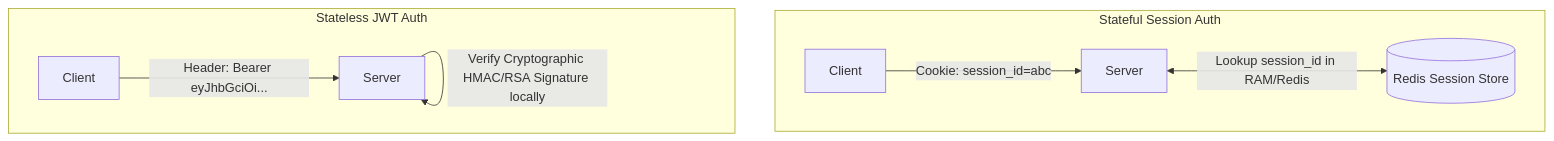
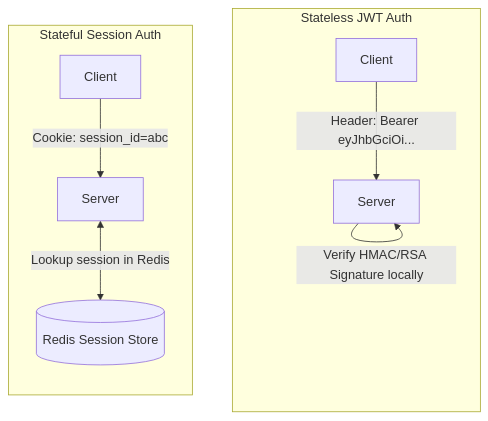
Before and after one commit to rohithgowda18/Notes: the first of 3 diagrams in 07-Backend-Engineering/Security.md, drawn with Mermaid. The commit also changed 15 other files, not shown here.

Commit message:
docs: audit Mermaid diagrams, optimize side-by-side layouts, and deduplicate DBMS advanced notes

````diff
--- a/07-Backend-Engineering/Security.md
+++ b/07-Backend-Engineering/Security.md
@@ -54,11 +54,16 @@
 ```mermaid
-flowchart TD
-    subgraph SessionAuth [Stateful Session Auth]
+flowchart LR
+    subgraph SessionAuth ["Stateful Session Auth"]
+        direction TB
         C1[Client] -->|"Cookie: session_id=abc"| S1[Server]
-        S1 <-->|"Lookup session_id in RAM/Redis"| Redis[(Redis Session Store)]
+        S1 <-->|"Lookup session in Redis"| Redis[(Redis Session Store)]
     end
-    subgraph JWTAuth [Stateless JWT Auth]
+
+    SessionAuth ~~~ JWTAuth
+
+    subgraph JWTAuth ["Stateless JWT Auth"]
+        direction TB
         C2[Client] -->|"Header: Bearer eyJhbGciOi..."| S2[Server]
-        S2 -->|"Verify Cryptographic HMAC/RSA Signature locally"| S2
+        S2 -->|"Verify HMAC/RSA Signature locally"| S2
     end
 ```
````
